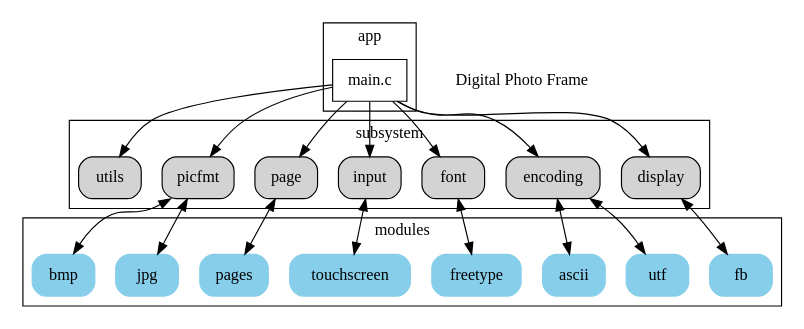
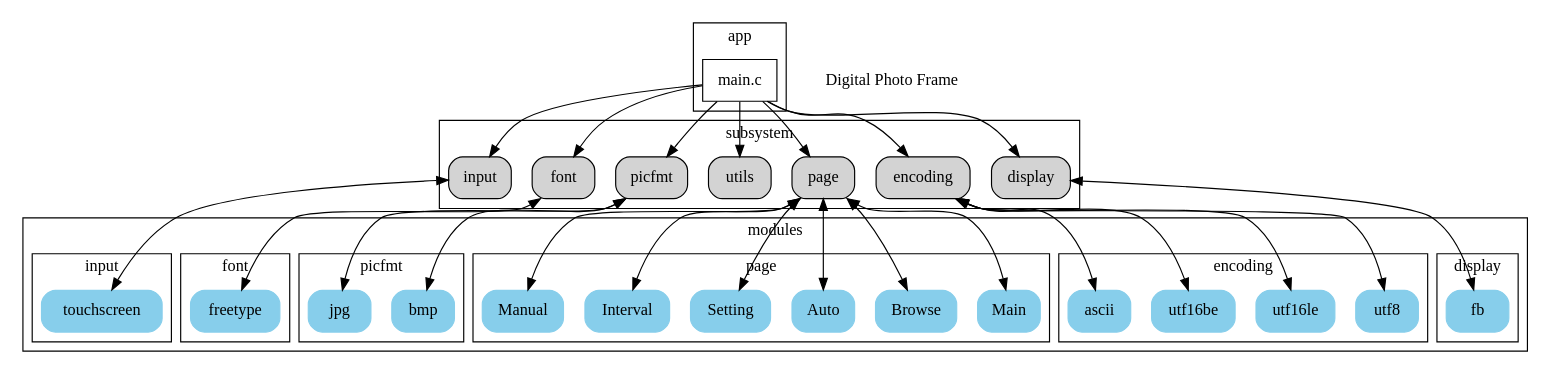
One commit to 54shady/DPF changed the diagram in block.dot. Above: the diagram before and after it, drawn with Graphviz. The commit also changed 1 other file, not shown here.

```diff
--- a/block.dot
+++ b/block.dot
@@ -1,64 +1,102 @@
 /*
  * Digital photo frame version 2 dot file
  *
  * Usage(graphviz must be install):
  * dot -Tpng block.dot -o block.png
  */
 digraph dpf {
 node [shape="record"]
 /* edge [style="dashed"] */
 
 subgraph cluster_0 {
 	label = "app";
 	main [label = "main.c"];
 }
 
 subgraph cluster_1 {
 	label = "subsystem";
 	node [shape = "Mrecord", style = "filled"];
 	display;
 	encoding;
+	page;
+	utils;
+	picfmt;
 	font;
 	input;
-	page;
-	picfmt;
-	utils;
 }
 
 subgraph cluster_2 {
 	label = "modules";
 	node [shape = "Mrecord", color = "skyblue", style = "filled"];
-	fb;
-	bmp;
-	jpg;
-	touchscreen;
-	freetype;
-	utf;
-	ascii;
-	pages;
+	subgraph cluster_21 {
+		label = "display";
+		node [shape = "Mrecord", color = "skyblue", style = "filled"];
+		fb;
+	}
+	subgraph cluster_22 {
+		label = "picfmt";
+		node [shape = "Mrecord", color = "skyblue", style = "filled"];
+		bmp;
+		jpg;
+	}
+	subgraph cluster_23 {
+		label = "input";
+		node [shape = "Mrecord", color = "skyblue", style = "filled"];
+		touchscreen;
+	}
+	subgraph cluster_24 {
+		label = "font";
+		node [shape = "Mrecord", color = "skyblue", style = "filled"];
+		freetype;
+	}
+	subgraph cluster_25 {
+		label = "encoding";
+		node [shape = "Mrecord", color = "skyblue", style = "filled"];
+		utf8;
+		utf16le;
+		utf16be;
+		ascii;
+	}
+	subgraph cluster_26 {
+		label = "page";
+		node [shape = "Mrecord", color = "skyblue", style = "filled"];
+		Main;
+		Browse;
+		Auto;
+		Setting;
+		Interval;
+		Manual;
+	}
 }
 
 main -> display;
 main -> font;
 main -> input;
 main -> page;
 main -> picfmt;
 main -> utils;
 main -> encoding;
 
 display -> fb [dir = both];
 
 font -> freetype [dir = both];
 
 picfmt -> bmp [dir = both];
 picfmt -> jpg [dir = both];
 
 input -> touchscreen [dir = both];
 
-encoding -> utf [dir = both];
 encoding -> ascii [dir = both];
+encoding -> utf8 [dir = both];
+encoding -> utf16le [dir = both];
+encoding -> utf16be [dir = both];
 
-page -> pages [dir = both];
+page -> Main [dir = both];
+page -> Setting [dir = both];
+page -> Browse [dir = both];
+page -> Manual [dir = both];
+page -> Auto [dir = both];
+page -> Interval [dir = both];
 
 "Digital Photo Frame" [shape = "plaintext"];
 }
```
